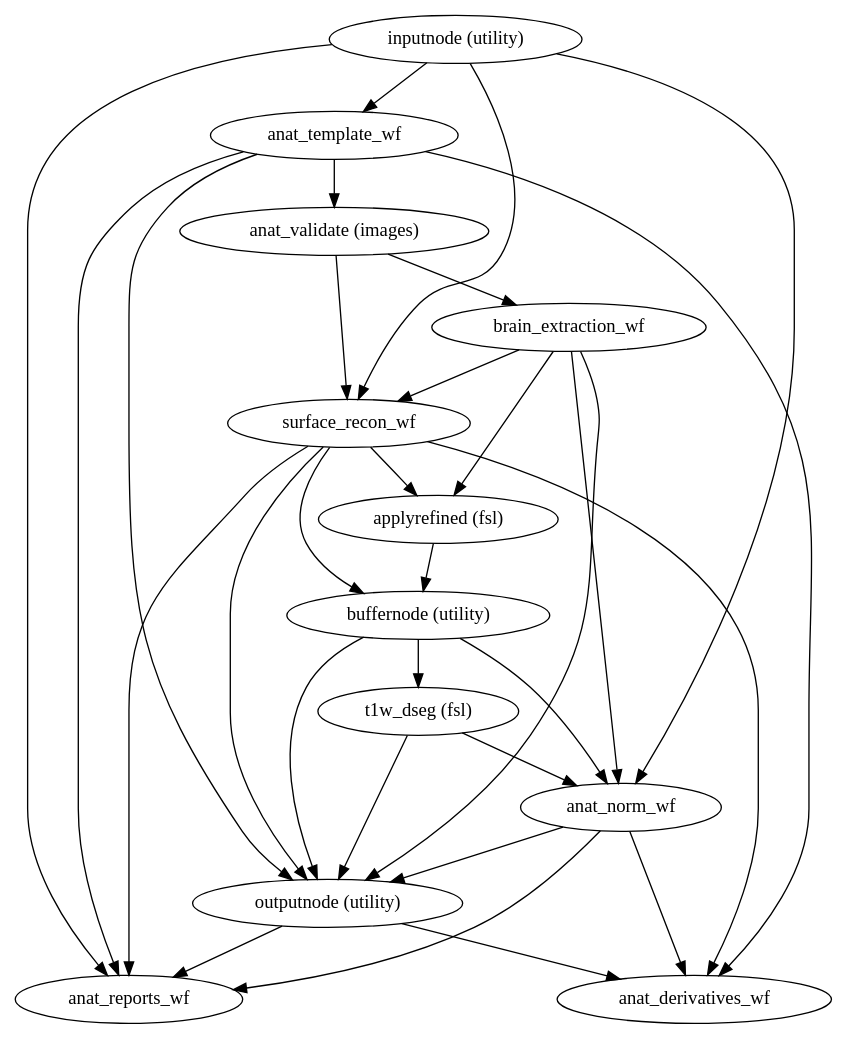
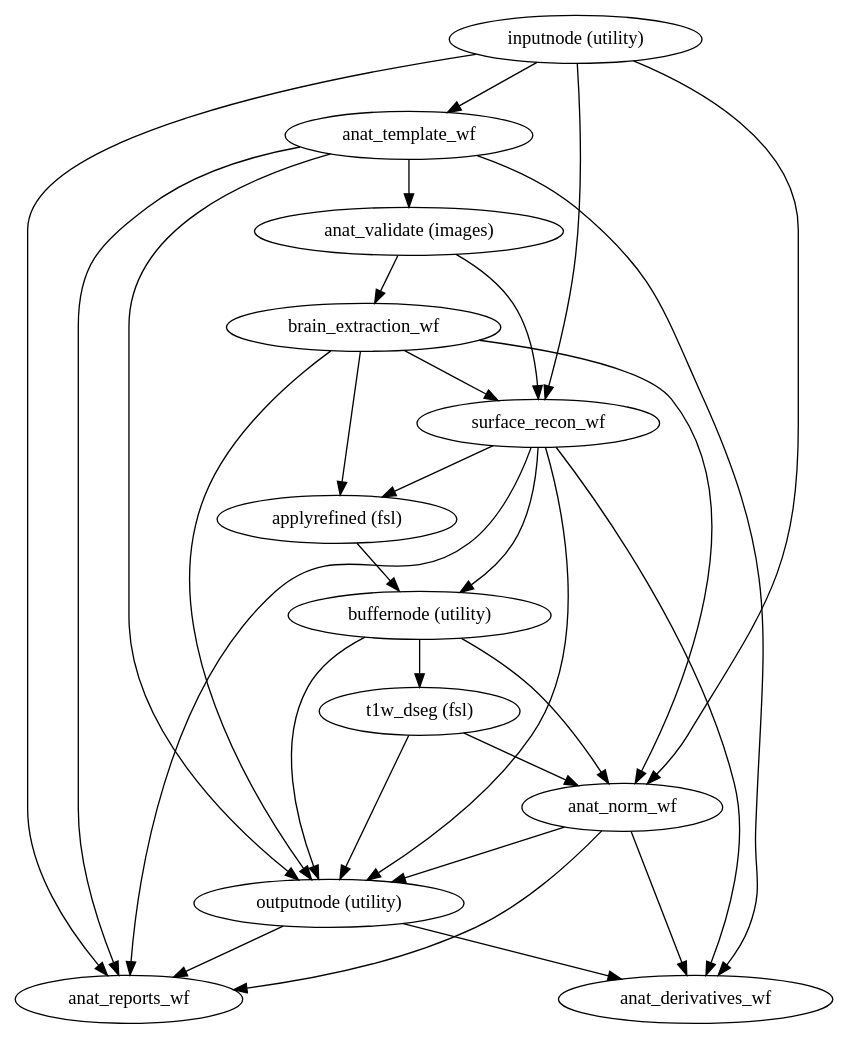
The diagram in 0.6.0rc1/wf_directive/api/anat_preproc_wf/smriprep-workflows-anatomical-1.dot (nuKs/smriprep), drawn with Graphviz before and after one commit. The commit also changed other lines of this file and 1556 other files, not shown here.

```diff
--- a/0.6.0rc1/wf_directive/api/anat_preproc_wf/smriprep-workflows-anatomical-1.dot
+++ b/0.6.0rc1/wf_directive/api/anat_preproc_wf/smriprep-workflows-anatomical-1.dot
@@ -1,44 +1,44 @@
 strict digraph  {
+"outputnode (utility)";
+anat_reports_wf;
+anat_derivatives_wf;
 "buffernode (utility)";
 "t1w_dseg (fsl)";
-"outputnode (utility)";
 anat_norm_wf;
-anat_reports_wf;
-anat_derivatives_wf;
 "inputnode (utility)";
 anat_template_wf;
 surface_recon_wf;
 "anat_validate (images)";
 brain_extraction_wf;
 "applyrefined (fsl)";
+"outputnode (utility)" -> anat_reports_wf;
+"outputnode (utility)" -> anat_derivatives_wf;
 "buffernode (utility)" -> "t1w_dseg (fsl)";
 "buffernode (utility)" -> "outputnode (utility)";
 "buffernode (utility)" -> anat_norm_wf;
 "t1w_dseg (fsl)" -> "outputnode (utility)";
 "t1w_dseg (fsl)" -> anat_norm_wf;
-"outputnode (utility)" -> anat_reports_wf;
-"outputnode (utility)" -> anat_derivatives_wf;
 anat_norm_wf -> "outputnode (utility)";
 anat_norm_wf -> anat_reports_wf;
 anat_norm_wf -> anat_derivatives_wf;
 "inputnode (utility)" -> anat_template_wf;
 "inputnode (utility)" -> anat_norm_wf;
 "inputnode (utility)" -> anat_reports_wf;
 "inputnode (utility)" -> surface_recon_wf;
 anat_template_wf -> "anat_validate (images)";
 anat_template_wf -> "outputnode (utility)";
 anat_template_wf -> anat_reports_wf;
 anat_template_wf -> anat_derivatives_wf;
 surface_recon_wf -> "applyrefined (fsl)";
 surface_recon_wf -> "outputnode (utility)";
 surface_recon_wf -> "buffernode (utility)";
 surface_recon_wf -> anat_reports_wf;
 surface_recon_wf -> anat_derivatives_wf;
 "anat_validate (images)" -> brain_extraction_wf;
 "anat_validate (images)" -> surface_recon_wf;
 brain_extraction_wf -> "outputnode (utility)";
 brain_extraction_wf -> anat_norm_wf;
 brain_extraction_wf -> surface_recon_wf;
 brain_extraction_wf -> "applyrefined (fsl)";
 "applyrefined (fsl)" -> "buffernode (utility)";
 }
```
